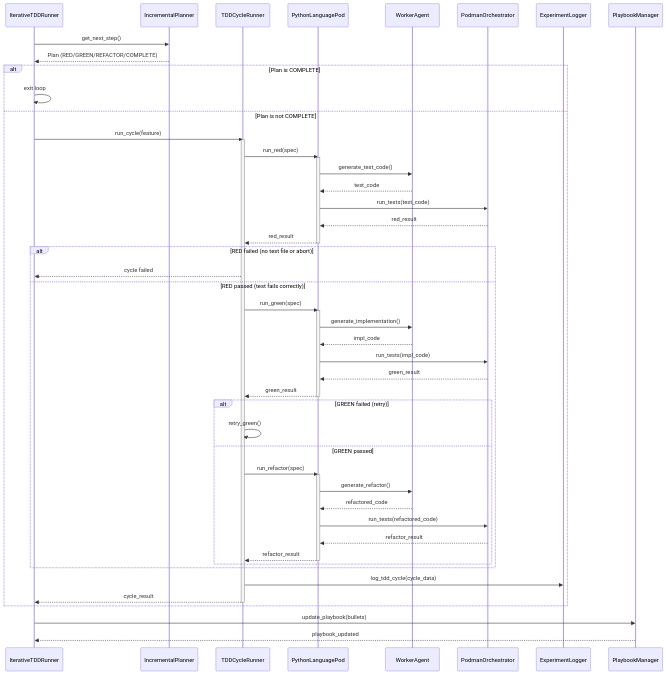
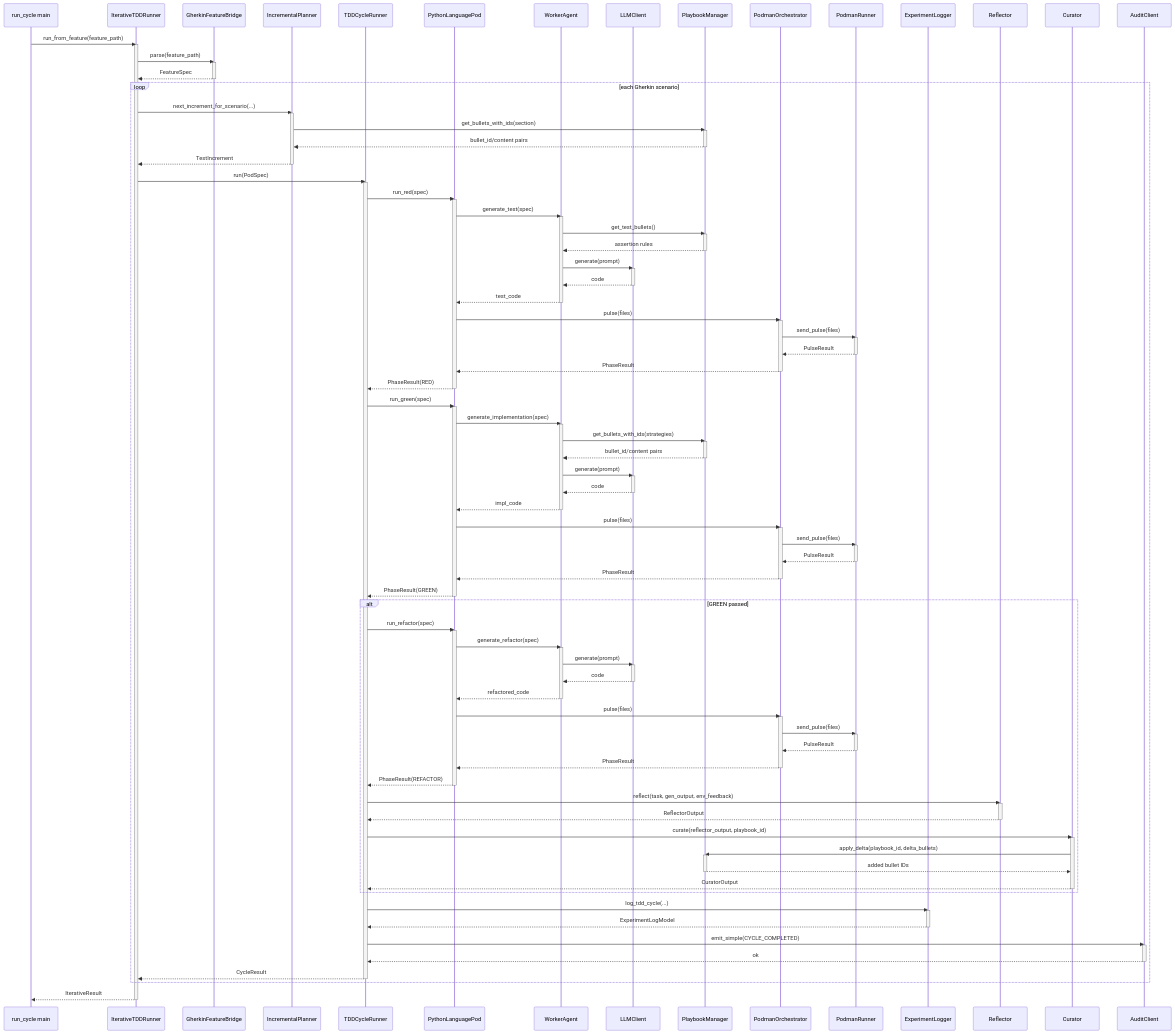
Before and after one commit to carlhuxley/ace_enterprise: the diagram in docs/SYSTEM_ARCHITECTURE.md, drawn with Mermaid. The commit also changed other lines of this file and 8 other files, not shown here.

````diff
--- a/docs/SYSTEM_ARCHITECTURE.md
+++ b/docs/SYSTEM_ARCHITECTURE.md
@@ -33,63 +43,141 @@
 ```mermaid
 sequenceDiagram
-    participant Runner as IterativeTDDRunner
+    participant Entry as run_cycle main
+    participant IterRunner as IterativeTDDRunner
+    participant Bridge as GherkinFeatureBridge
     participant Planner as IncrementalPlanner
-    participant Cycle as TDDCycleRunner
+    participant CycleRunner as TDDCycleRunner
     participant Pod as PythonLanguagePod
     participant Worker as WorkerAgent
-    participant Orch as PodmanOrchestrator
+    participant LLM as LLMClient
+    participant Playbook as PlaybookManager
+    participant Orchestrator as PodmanOrchestrator
+    participant Podman as PodmanRunner
     participant Logger as ExperimentLogger
-    participant Playbook as PlaybookManager
+    participant Reflector as Reflector
+    participant Curator as Curator
+    participant Audit as AuditClient
 
-    Runner->>Planner: get_next_step()
-    Planner-->>Runner: Plan (RED/GREEN/REFACTOR/COMPLETE)
-    
-    alt Plan is COMPLETE
-        Runner->>Runner: exit loop
-    else Plan is not COMPLETE
-        Runner->>Cycle: run_cycle(feature)
-        activate Cycle
-        
-        Cycle->>Pod: run_red(spec)
+    Entry->>IterRunner: run_from_feature(feature_path)
+    activate IterRunner
+    IterRunner->>Bridge: parse(feature_path)
+    activate Bridge
+    Bridge-->>IterRunner: FeatureSpec
+    deactivate Bridge
+
+    loop each Gherkin scenario
+        IterRunner->>Planner: next_increment_for_scenario(...)
+        activate Planner
+        Planner->>Playbook: get_bullets_with_ids(section)
+        activate Playbook
+        Playbook-->>Planner: bullet_id/content pairs
+        deactivate Playbook
+        Planner-->>IterRunner: TestIncrement
+        deactivate Planner
+
+        IterRunner->>CycleRunner: run(PodSpec)
+        activate CycleRunner
+
+        CycleRunner->>Pod: run_red(spec)
         activate Pod
-        Pod->>Worker: generate_test_code()
+        Pod->>Worker: generate_test(spec)
+        activate Worker
+        Worker->>Playbook: get_test_bullets()
+        activate Playbook
+        Playbook-->>Worker: assertion rules
+        deactivate Playbook
+        Worker->>LLM: generate(prompt)
+        activate LLM
+        LLM-->>Worker: code
+        deactivate LLM
         Worker-->>Pod: test_code
-        Pod->>Orch: run_tests(test_code)
-        Orch-->>Pod: red_result
-        Pod-->>Cycle: red_result
+        deactivate Worker
+        Pod->>Orchestrator: pulse(files)
+        activate Orchestrator
+        Orchestrator->>Podman: send_pulse(files)
+        activate Podman
+        Podman-->>Orchestrator: PulseResult
+        deactivate Podman
+        Orchestrator-->>Pod: PhaseResult
+        deactivate Orchestrator
+        Pod-->>CycleRunner: PhaseResult(RED)
         deactivate Pod
-        
-        alt RED failed (no test file or abort)
-            Cycle-->>Runner: cycle failed
-        else RED passed (test fails correctly)
-            Cycle->>Pod: run_green(spec)
+
+        CycleRunner->>Pod: run_green(spec)
+        activate Pod
+        Pod->>Worker: generate_implementation(spec)
+        activate Worker
+        Worker->>Playbook: get_bullets_with_ids(strategies)
+        activate Playbook
+        Playbook-->>Worker: bullet_id/content pairs
+        deactivate Playbook
+        Worker->>LLM: generate(prompt)
+        activate LLM
+        LLM-->>Worker: code
+        deactivate LLM
+        Worker-->>Pod: impl_code
+        deactivate Worker
+        Pod->>Orchestrator: pulse(files)
+        activate Orchestrator
+        Orchestrator->>Podman: send_pulse(files)
+        activate Podman
+        Podman-->>Orchestrator: PulseResult
+        deactivate Podman
+        Orchestrator-->>Pod: PhaseResult
+        deactivate Orchestrator
+        Pod-->>CycleRunner: PhaseResult(GREEN)
+        deactivate Pod
+
+        alt GREEN passed
+            CycleRunner->>Pod: run_refactor(spec)
             activate Pod
-            Pod->>Worker: generate_implementation()
-            Worker-->>Pod: impl_code
-            Pod->>Orch: run_tests(impl_code)
-            Orch-->>Pod: green_result
-            Pod-->>Cycle: green_result
+            Pod->>Worker: generate_refactor(spec)
+            activate Worker
+            Worker->>LLM: generate(prompt)
+            activate LLM
+            LLM-->>Worker: code
+            deactivate LLM
+            Worker-->>Pod: refactored_code
+            deactivate Worker
+            Pod->>Orchestrator: pulse(files)
+            activate Orchestrator
+            Orchestrator->>Podman: send_pulse(files)
+            activate Podman
+            Podman-->>Orchestrator: PulseResult
+            deactivate Podman
+            Orchestrator-->>Pod: PhaseResult
+            deactivate Orchestrator
+            Pod-->>CycleRunner: PhaseResult(REFACTOR)
             deactivate Pod
-            
-            alt GREEN failed (retry)
-                Cycle->>Cycle: retry_green()
-            else GREEN passed
-                Cycle->>Pod: run_refactor(spec)
-                activate Pod
-                Pod->>Worker: generate_refactor()
-                Worker-->>Pod: refactored_code
-                Pod->>Orch: run_tests(refactored_code)
-                Orch-->>Pod: refactor_result
-                Pod-->>Cycle: refactor_result
-                deactivate Pod
-            end
+
+            CycleRunner->>Reflector: reflect(task, gen_output, env_feedback)
+            activate Reflector
+            Reflector-->>CycleRunner: ReflectorOutput
+            deactivate Reflector
+            CycleRunner->>Curator: curate(reflector_output, playbook_id)
+            activate Curator
+            Curator->>Playbook: apply_delta(playbook_id, delta_bullets)
+            activate Playbook
+            Playbook-->>Curator: added bullet IDs
+            deactivate Playbook
+            Curator-->>CycleRunner: CuratorOutput
+            deactivate Curator
         end
-        
-        Cycle->>Logger: log_tdd_cycle(cycle_data)
-        Cycle-->>Runner: cycle_result
-        deactivate Cycle
+
+        CycleRunner->>Logger: log_tdd_cycle(...)
+        activate Logger
+        Logger-->>CycleRunner: ExperimentLogModel
+        deactivate Logger
+
+        CycleRunner->>Audit: emit_simple(CYCLE_COMPLETED)
+        activate Audit
+        Audit-->>CycleRunner: ok
+        deactivate Audit
+
+        CycleRunner-->>IterRunner: CycleResult
+        deactivate CycleRunner
     end
-    
-    Runner->>Playbook: update_playbook(bullets)
-    Playbook-->>Runner: playbook_updated
+
+    IterRunner-->>Entry: IterativeResult
+    deactivate IterRunner
 ```
````
